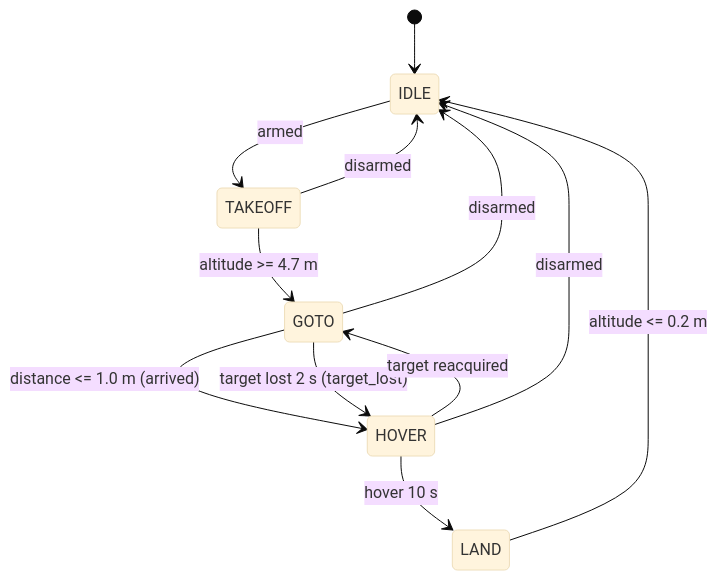
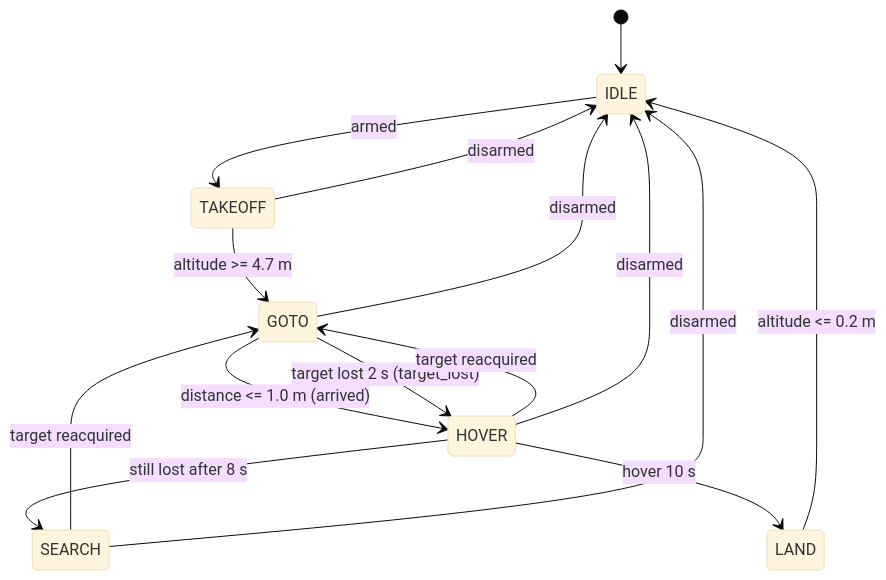
One commit to wuuu854-boop/uav-yolo-offboard-tracking changed the second of 2 diagrams in docs/architecture.md. Above: the diagram before and after it, drawn with Mermaid (base theme). The commit also changed other lines of this file and 9 other files, not shown here.

First line of the commit message:
feat(control): search for a lost target instead of hovering forever

````diff
--- a/docs/architecture.md
+++ b/docs/architecture.md
@@ -72,14 +72,17 @@
 ```mermaid
 stateDiagram-v2
   [*] --> IDLE
   IDLE --> TAKEOFF: armed
   TAKEOFF --> GOTO: altitude >= 4.7 m
   GOTO --> HOVER: distance <= 1.0 m (arrived)
   GOTO --> HOVER: target lost 2 s (target_lost)
   HOVER --> GOTO: target reacquired
+  HOVER --> SEARCH: still lost after 8 s
+  SEARCH --> GOTO: target reacquired
   HOVER --> LAND: hover 10 s
   LAND --> IDLE: altitude <= 0.2 m
   TAKEOFF --> IDLE: disarmed
   GOTO --> IDLE: disarmed
   HOVER --> IDLE: disarmed
+  SEARCH --> IDLE: disarmed
 ```
````
